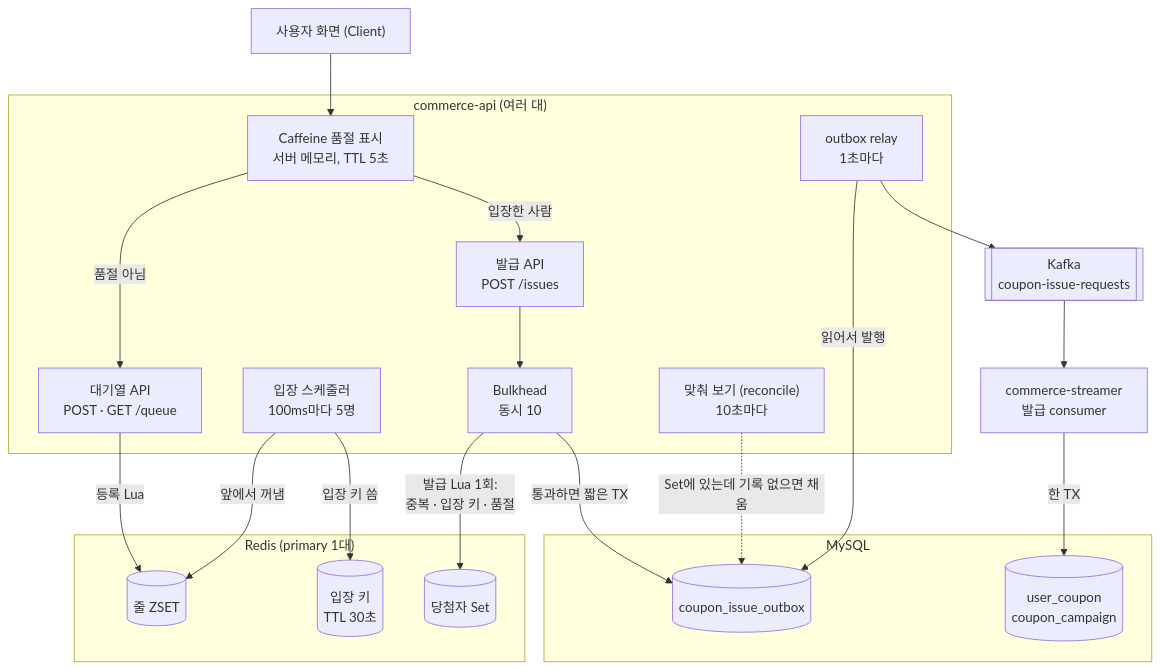
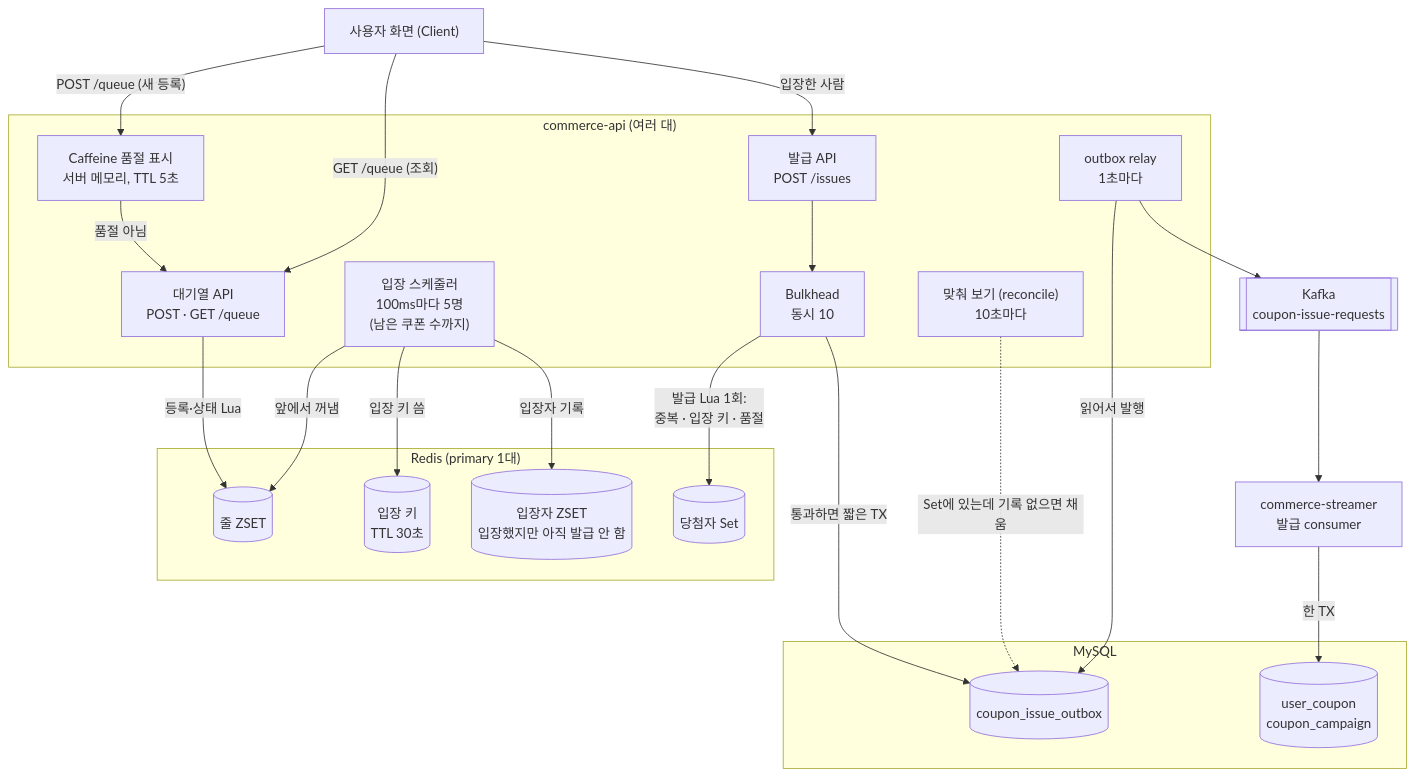
The first of 4 diagrams in docs/week8/plan.md (loopers-labs/loop-pack-be-l2-vol5-java), drawn with Mermaid before and after one commit. The commit also changed other lines of this file, not shown here.

````diff
--- a/docs/week8/plan.md
+++ b/docs/week8/plan.md
@@ -12,39 +12,42 @@
 ```mermaid
 flowchart TB
   C["사용자 화면 (Client)"]
   subgraph API["commerce-api (여러 대)"]
     CF["Caffeine 품절 표시<br/>서버 메모리, TTL 5초"]
     Q["대기열 API<br/>POST · GET /queue"]
-    S["입장 스케줄러<br/>100ms마다 5명"]
+    S["입장 스케줄러<br/>100ms마다 5명<br/>(남은 쿠폰 수까지)"]
     BH["Bulkhead<br/>동시 10"]
     I["발급 API<br/>POST /issues"]
     RC["맞춰 보기 (reconcile)<br/>10초마다"]
     RL["outbox relay<br/>1초마다"]
   end
   subgraph R["Redis (primary 1대)"]
     ZQ[("줄 ZSET")]
     EK[("입장 키<br/>TTL 30초")]
+    AD[("입장자 ZSET<br/>입장했지만 아직 발급 안 함")]
     WS[("당첨자 Set")]
   end
   subgraph DB["MySQL"]
     OB[("coupon_issue_outbox")]
     UC[("user_coupon<br/>coupon_campaign")]
   end
   K[["Kafka<br/>coupon-issue-requests"]]
   CON["commerce-streamer<br/>발급 consumer"]
 
-  C --> CF
+  C -->|"POST /queue (새 등록)"| CF
   CF -->|"품절 아님"| Q
-  Q -->|"등록 Lua"| ZQ
+  C -->|"GET /queue (조회)"| Q
+  Q -->|"등록·상태 Lua"| ZQ
   S -->|"앞에서 꺼냄"| ZQ
   S -->|"입장 키 씀"| EK
-  CF -->|"입장한 사람"| I
+  S -->|"입장자 기록"| AD
+  C -->|"입장한 사람"| I
   I --> BH
   BH -->|"발급 Lua 1회:<br/>중복 · 입장 키 · 품절"| WS
   BH -->|"통과하면 짧은 TX"| OB
   RC -.->|"Set에 있는데 기록 없으면 채움"| OB
   RL -->|"읽어서 발행"| OB
   RL --> K
   K --> CON
   CON -->|"한 TX"| UC
 ```
````
